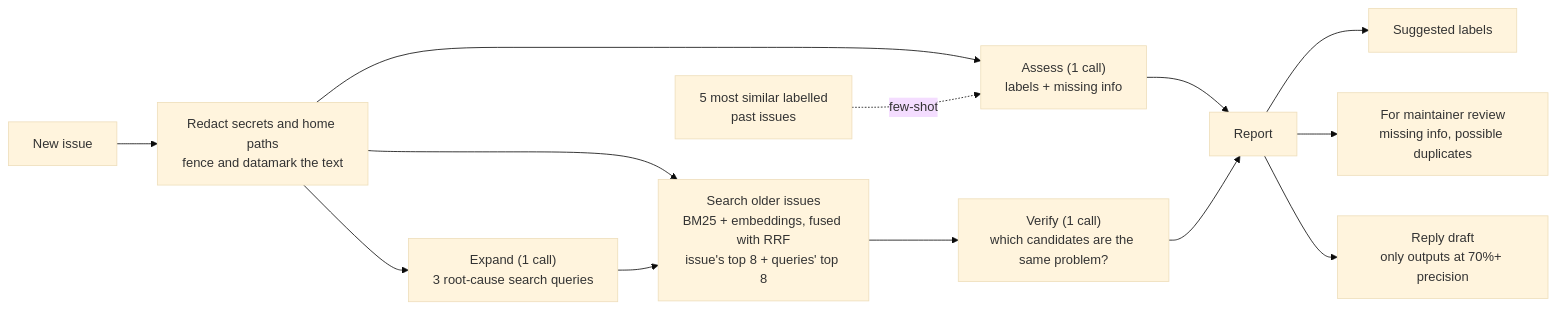
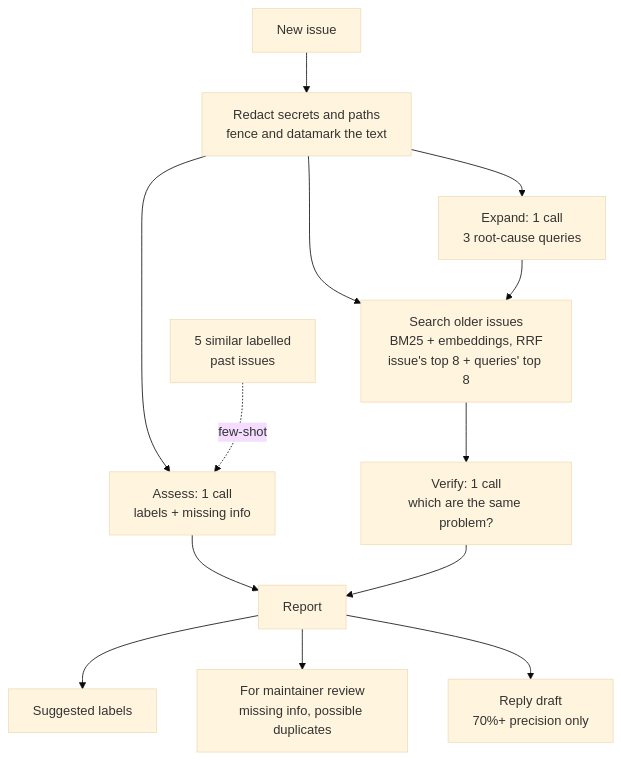
Before and after one commit to shashank11yadav/pytest-triage: the first of 4 diagrams in README.md, drawn with Mermaid (base theme). The commit also changed other lines of this file, not shown here.

Commit message:
Lay out the pipeline and guardrail diagrams top to bottom so they fit

````diff
--- a/README.md
+++ b/README.md
@@ -55,15 +55,15 @@
 ```mermaid
-flowchart LR
-    A[New issue] --> B["Redact secrets and home paths<br/>fence and datamark the text"]
-    B --> C["Assess (1 call)<br/>labels + missing info"]
-    K["5 most similar labelled<br/>past issues"] -.few-shot.-> C
-    B --> D["Expand (1 call)<br/>3 root-cause search queries"]
-    B --> E
-    D --> E["Search older issues<br/>BM25 + embeddings, fused with RRF<br/>issue's top 8 + queries' top 8"]
-    E --> F["Verify (1 call)<br/>which candidates are the same problem?"]
-    C --> G[Report]
-    F --> G
-    G --> H[Suggested labels]
-    G --> I["For maintainer review<br/>missing info, possible duplicates"]
-    G --> J["Reply draft<br/>only outputs at 70%+ precision"]
+flowchart TD
+    A[New issue] --> B["Redact secrets and paths<br/>fence and datamark the text"]
+    B --> C["Assess: 1 call<br/>labels + missing info"]
+    B --> D["Expand: 1 call<br/>3 root-cause queries"]
+    K["5 similar labelled<br/>past issues"] -. few-shot .-> C
+    B --> E["Search older issues<br/>BM25 + embeddings, RRF<br/>issue's top 8 + queries' top 8"]
+    D --> E
+    E --> F["Verify: 1 call<br/>which are the same problem?"]
+    C --> R[Report]
+    F --> R
+    R --> L[Suggested labels]
+    R --> M["For maintainer review<br/>missing info, possible duplicates"]
+    R --> P["Reply draft<br/>70%+ precision only"]
 ```
````
